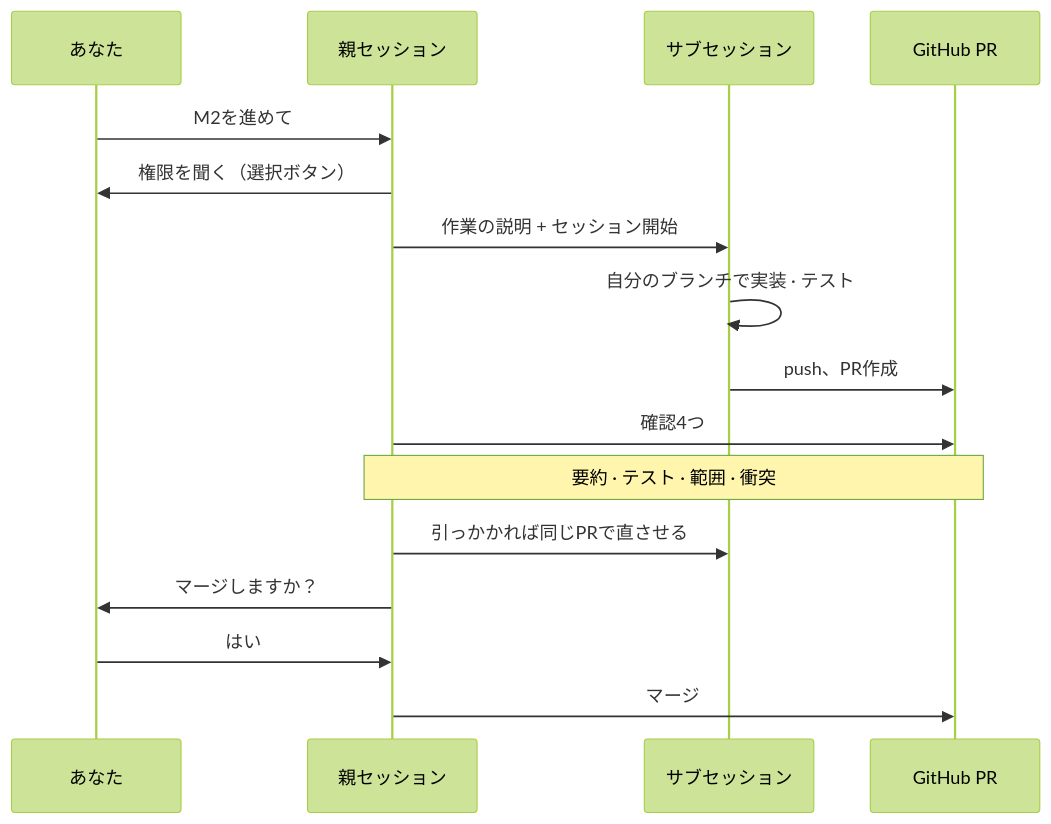
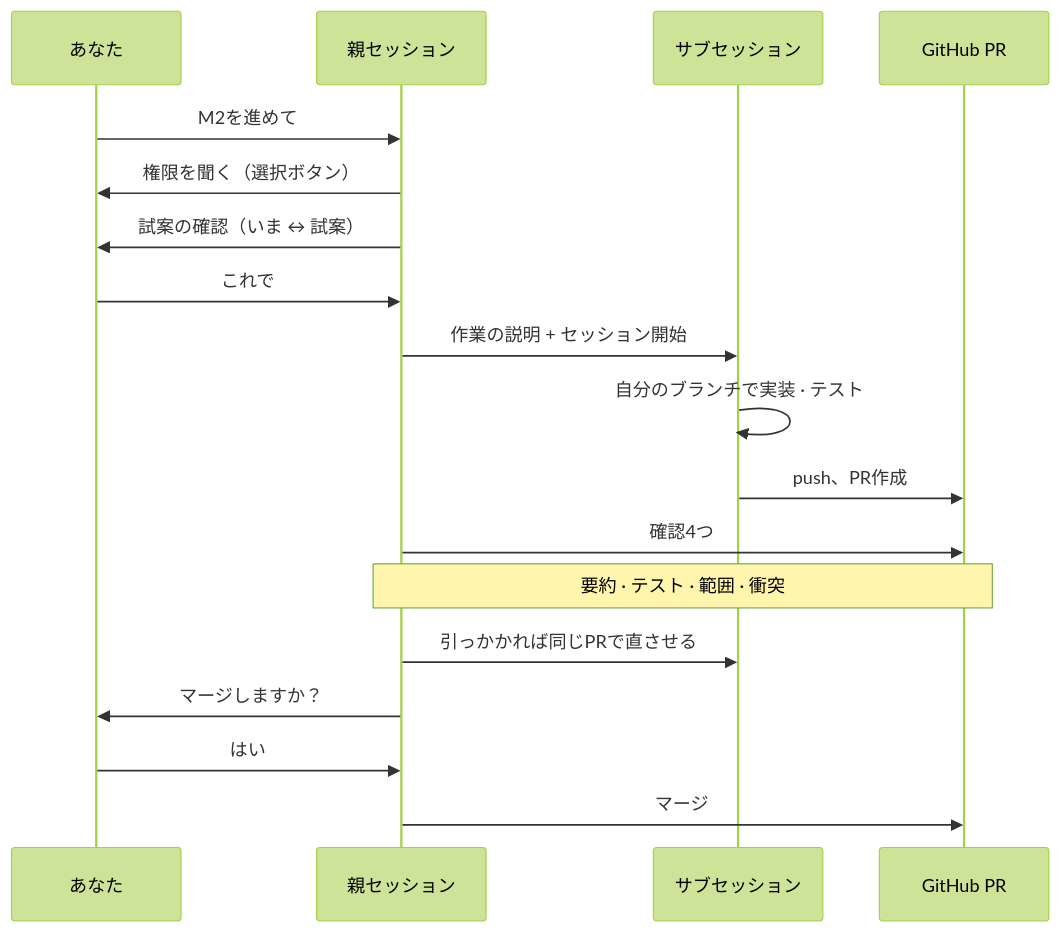
The second of 2 diagrams in README.ja.md (ff-1204/claude-haejo), drawn with Mermaid (forest theme) before and after one commit. The commit also changed other lines of this file and 12 other files, not shown here.

````diff
--- a/README.ja.md
+++ b/README.ja.md
@@ -69,18 +70,20 @@
 ```mermaid
 sequenceDiagram
   participant U as あなた
   participant P as 親セッション
   participant C as サブセッション
   participant G as GitHub PR
   U->>P: M2を進めて
   P->>U: 権限を聞く（選択ボタン）
+  P->>U: 試案の確認（いま ↔ 試案）
+  U->>P: これで
   P->>C: 作業の説明 + セッション開始
   C->>C: 自分のブランチで実装 · テスト
   C->>G: push、PR作成
   P->>G: 確認4つ
   Note over P,G: 要約 · テスト · 範囲 · 衝突
   P->>C: 引っかかれば同じPRで直させる
   P->>U: マージしますか？
   U->>P: はい
   P->>G: マージ
 ```
````
